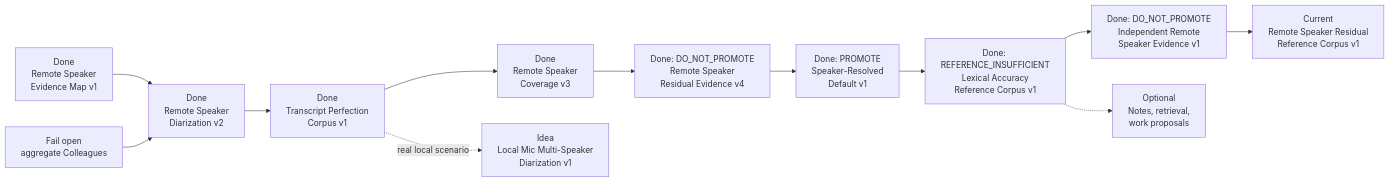
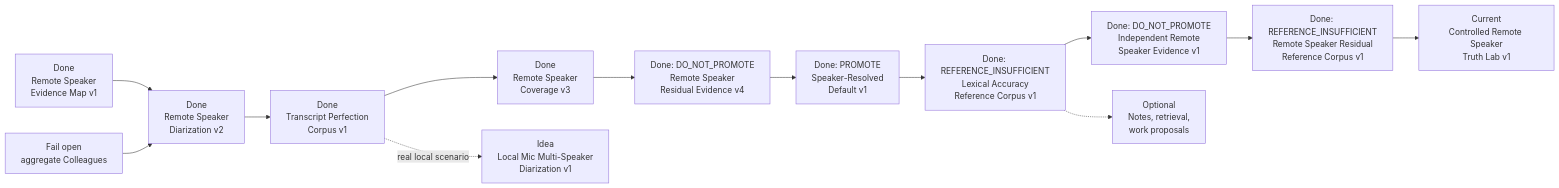
One commit to asukhodko/murmurmark changed the second of 2 diagrams in docs/roadmap/murmurmark-cli-roadmap.md. Above: the diagram before and after it, drawn with Mermaid. The commit also changed other lines of this file and 23 other files, not shown here.

Commit message:
feat: add blind remote speaker reference corpus

````diff
--- a/docs/roadmap/murmurmark-cli-roadmap.md
+++ b/docs/roadmap/murmurmark-cli-roadmap.md
@@ -83,20 +84,21 @@
 ```mermaid
 flowchart LR
     B["Done<br/>Remote Speaker<br/>Evidence Map v1"]
     D["Done<br/>Remote Speaker<br/>Diarization v2"]
     F["Fail open<br/>aggregate Colleagues"]
     P["Done<br/>Transcript Perfection<br/>Corpus v1"]
     R["Done<br/>Remote Speaker<br/>Coverage v3"]
     V["Done: DO_NOT_PROMOTE<br/>Remote Speaker<br/>Residual Evidence v4"]
     H["Done: PROMOTE<br/>Speaker-Resolved<br/>Default v1"]
     L["Done: REFERENCE_INSUFFICIENT<br/>Lexical Accuracy<br/>Reference Corpus v1"]
     I["Done: DO_NOT_PROMOTE<br/>Independent Remote<br/>Speaker Evidence v1"]
-    C["Current<br/>Remote Speaker Residual<br/>Reference Corpus v1"]
+    C["Done: REFERENCE_INSUFFICIENT<br/>Remote Speaker Residual<br/>Reference Corpus v1"]
+    Q["Current<br/>Controlled Remote Speaker<br/>Truth Lab v1"]
     M["Idea<br/>Local Mic Multi-Speaker<br/>Diarization v1"]
     O["Optional<br/>Notes, retrieval,<br/>work proposals"]
 
-    B --> D --> P --> R --> V --> H --> L --> I --> C
+    B --> D --> P --> R --> V --> H --> L --> I --> C --> Q
     F --> D
     P -. "real local scenario" .-> M
     L -.-> O
 ```
````
